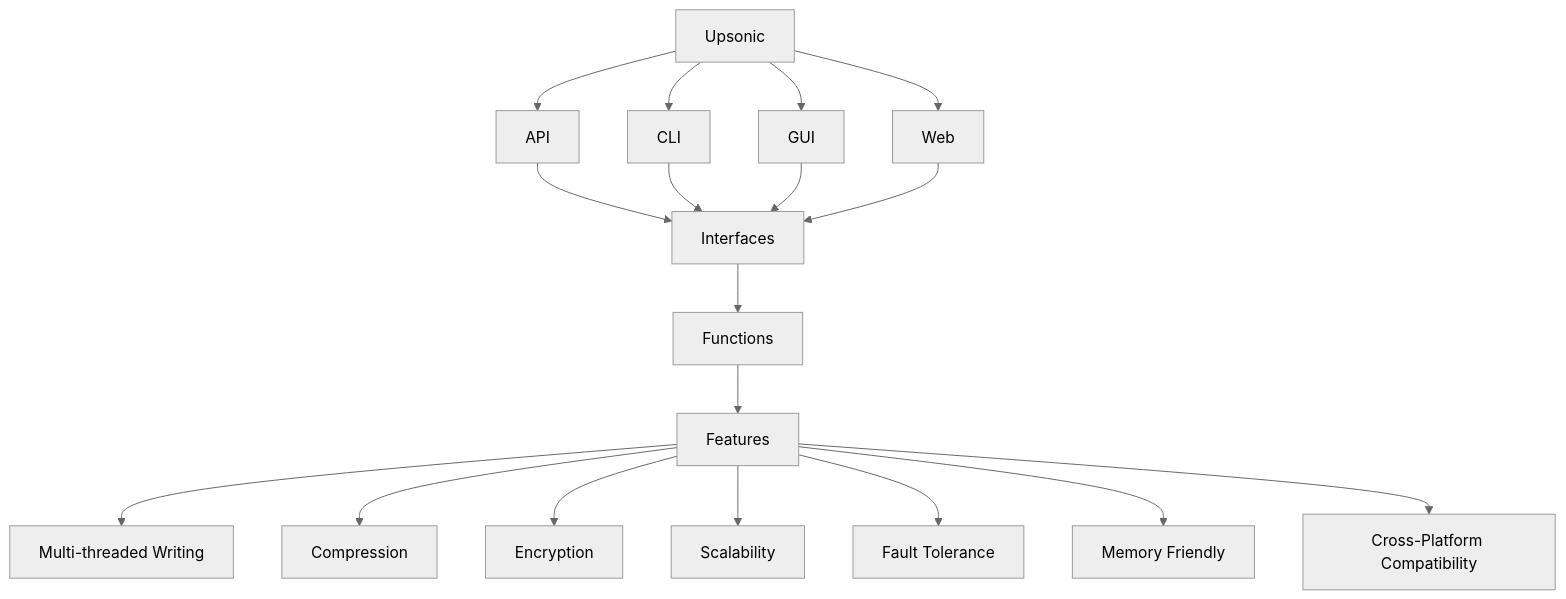
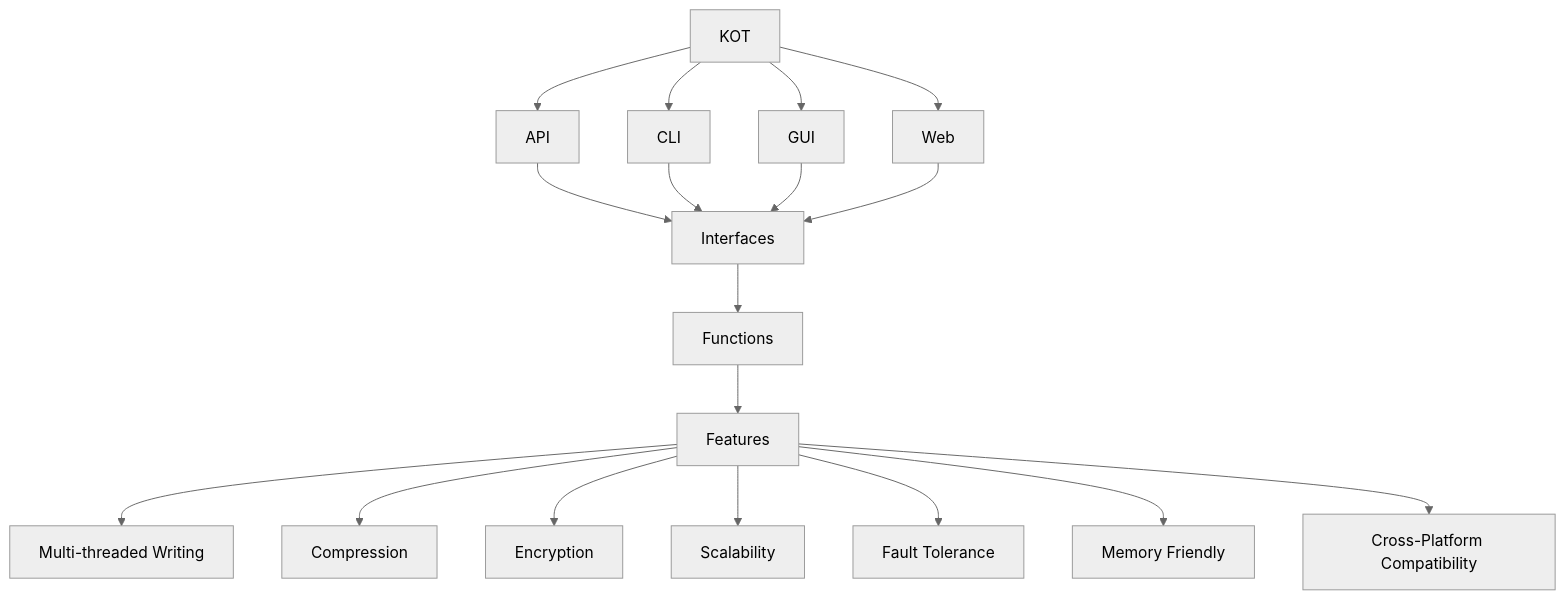
Before and after one commit to Upsonic/KOT: the diagram in README.md, drawn with Mermaid (neutral theme). The commit also changed other lines of this file, not shown here.

````diff
--- a/README.md
+++ b/README.md
@@ -112,27 +78,27 @@
 ```mermaid
 graph TD;
-    A[Upsonic];
+    A[KOT];
 
     A --> O[API];
     A --> P[CLI];
     A --> Q[GUI];
     A --> R[Web];
     O --> N[Interfaces];
     P --> N[Interfaces];
     Q --> N[Interfaces];
     R --> N[Interfaces];
 
     N --> J[Functions];
 
 
     J --> B[Features];
     B --> C[Multi-threaded Writing];
     B --> D[Compression];
     B --> E[Encryption];
     B --> F[Scalability];
     B --> G[Fault Tolerance];
     B --> H[Memory Friendly];
     B --> I[Cross-Platform Compatibility];
 
 
 ```
````
